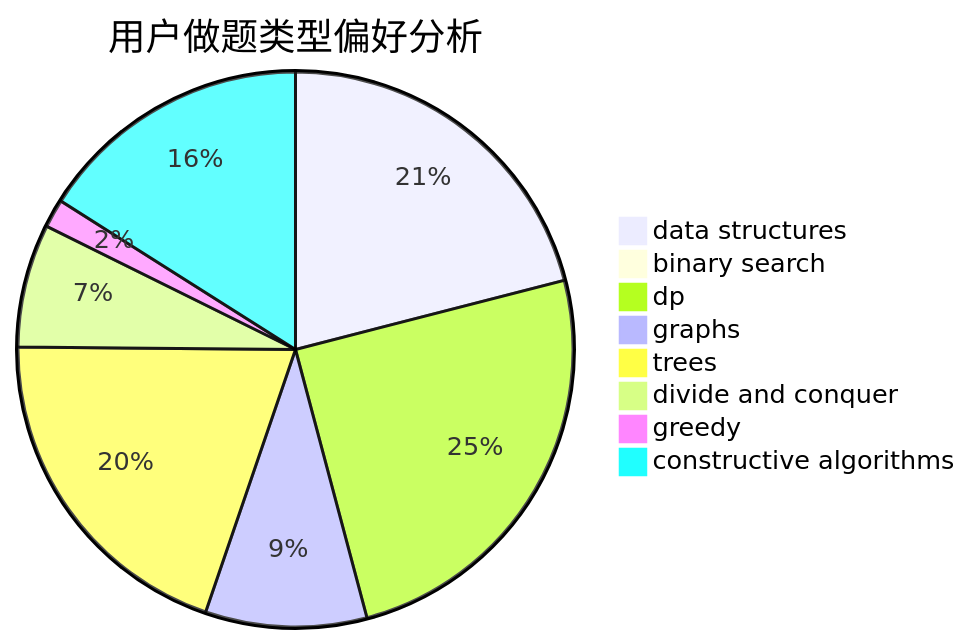
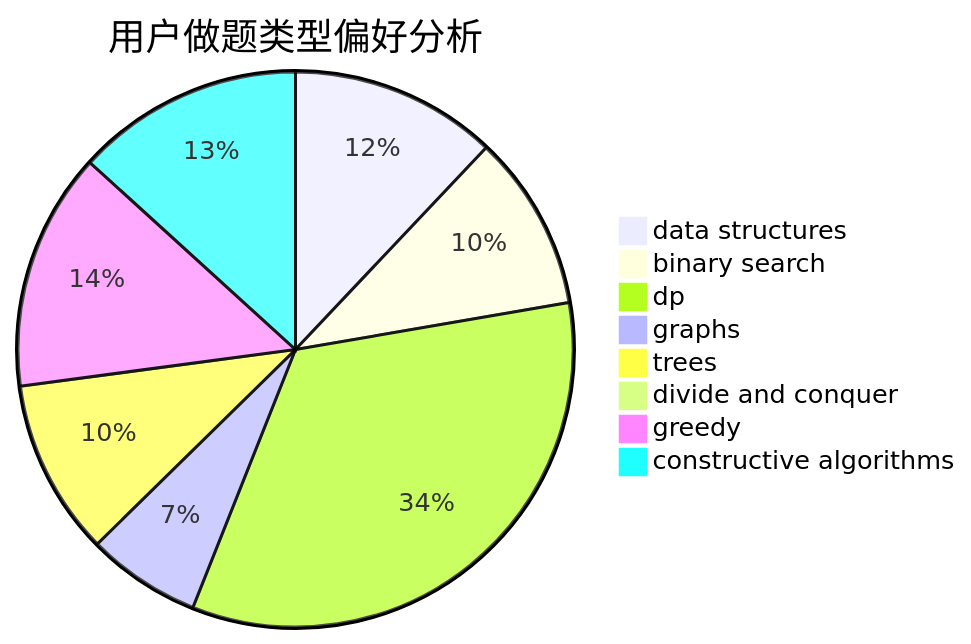
One commit to sherpahu/cfrs.github.io changed the second of 3 diagrams in docs/user/u2021.md. Above: the diagram before and after it, drawn with Mermaid. The commit also changed other lines of this file and 2770 other files, not shown here.

````diff
--- a/docs/user/u2021.md
+++ b/docs/user/u2021.md
@@ -23,11 +23,11 @@
 ```mermaid
 pie title 用户做题类型偏好分析
-    "data structures" :  38
-    "binary search" :  0
-    "dp" :  45
-    "graphs" :  17
-    "trees" :  36
-    "divide and conquer" :  13
-    "greedy" :  3
-    "constructive algorithms" :  29
+    "data structures" :  20
+    "binary search" :  17
+    "dp" :  56
+    "graphs" :  11
+    "trees" :  17
+    "divide and conquer" :  1
+    "greedy" :  23
+    "constructive algorithms" :  22
 ```
````
